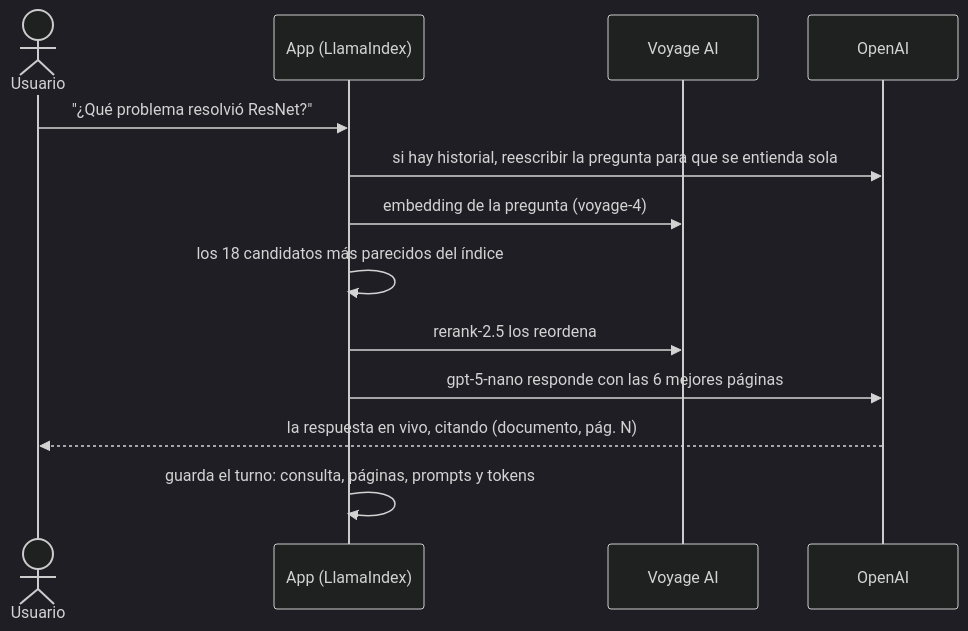
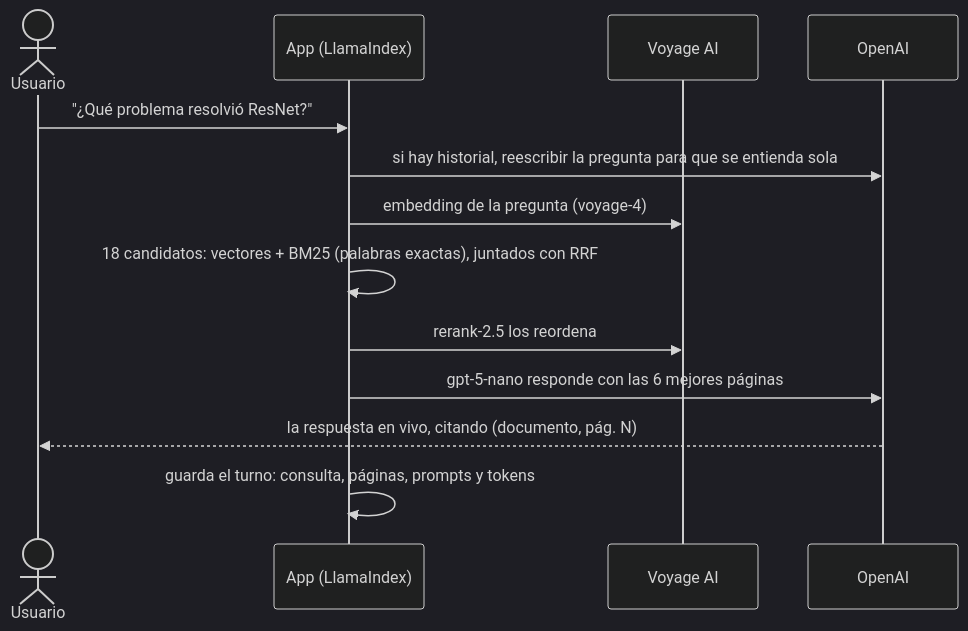
The third of 6 diagrams in README.md (javi2481/parla-rag), drawn with Mermaid (dark theme) before and after one commit. The commit also changed other lines of this file and 6 other files, not shown here.

````diff
--- a/README.md
+++ b/README.md
@@ -201,16 +201,16 @@
 ```mermaid
 sequenceDiagram
     actor U as Usuario
     participant A as App (LlamaIndex)
     participant V as Voyage AI
     participant O as OpenAI
 
     U->>A: "¿Qué problema resolvió ResNet?"
     A->>O: si hay historial, reescribir la pregunta para que se entienda sola
     A->>V: embedding de la pregunta (voyage-4)
-    A->>A: los 18 candidatos más parecidos del índice
+    A->>A: 18 candidatos: vectores + BM25 (palabras exactas), juntados con RRF
     A->>V: rerank-2.5 los reordena
     A->>O: gpt-5-nano responde con las 6 mejores páginas
     O-->>U: la respuesta en vivo, citando (documento, pág. N)
     A->>A: guarda el turno: consulta, páginas, prompts y tokens
 ```
````
